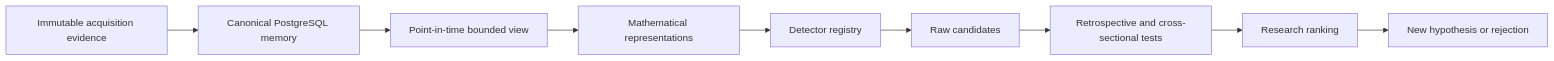
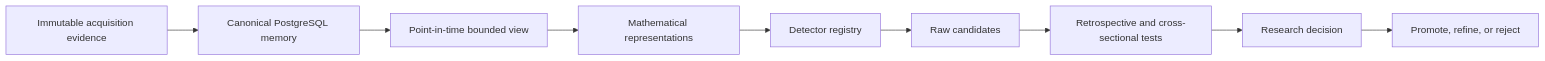
The diagram in README.md (Andy11-cpu/shark-case-study), drawn with Mermaid before and after one commit. The commit also changed other lines of this file, not shown here.

Commit message:
Add SHARK provenance and executed research evidence

````diff
--- a/README.md
+++ b/README.md
@@ -39,11 +38,11 @@
 ```mermaid
 flowchart LR
     A[Immutable acquisition evidence] --> B[Canonical PostgreSQL memory]
     B --> C[Point-in-time bounded view]
     C --> D[Mathematical representations]
     D --> E[Detector registry]
     E --> F[Raw candidates]
     F --> G[Retrospective and cross-sectional tests]
-    G --> H[Research ranking]
-    H --> I[New hypothesis or rejection]
+    G --> H[Research decision]
+    H --> I[Promote, refine, or reject]
 ```
````
